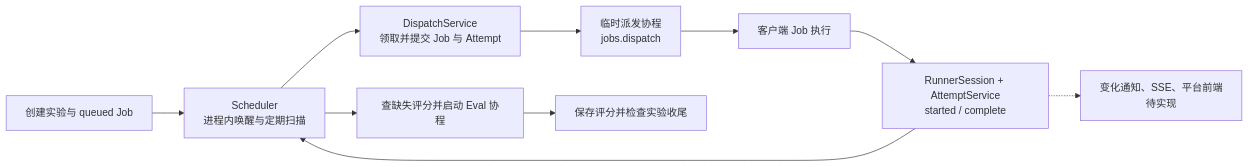
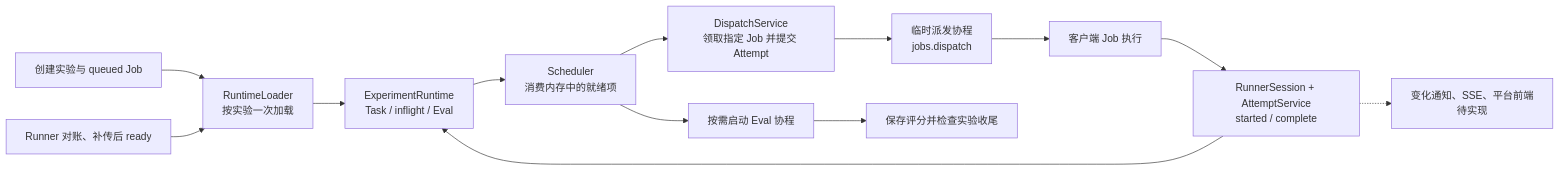
One commit to qinghuan136/EvalForge changed the tenth of 10 diagrams in docs/当前项目架构图解.md. Above: the diagram before and after it, drawn with Mermaid. The commit also changed other lines of this file and 35 other files, not shown here.

````diff
--- a/docs/当前项目架构图解.md
+++ b/docs/当前项目架构图解.md
@@ -280,12 +280,15 @@
 ```mermaid
 flowchart LR
-    API["创建实验与 queued Job"] --> Scheduler["Scheduler<br/>进程内唤醒与定期扫描"]
-    Scheduler --> Claim["DispatchService<br/>领取并提交 Job 与 Attempt"]
+    API["创建实验与 queued Job"] --> Load["RuntimeLoader<br/>按实验一次加载"]
+    Ready["Runner 对账、补传后 ready"] --> Load
+    Load --> Runtime["ExperimentRuntime<br/>Task / inflight / Eval"]
+    Runtime --> Scheduler["Scheduler<br/>消费内存中的就绪项"]
+    Scheduler --> Claim["DispatchService<br/>领取指定 Job 并提交 Attempt"]
     Claim --> Peer["临时派发协程<br/>jobs.dispatch"]
     Peer --> Client["客户端 Job 执行"]
     Client --> Ingest["RunnerSession + AttemptService<br/>started / complete"]
-    Ingest --> Scheduler
-    Scheduler --> Eval["查缺失评分并启动 Eval 协程"]
+    Ingest --> Runtime
+    Scheduler --> Eval["按需启动 Eval 协程"]
     Eval --> Scores["保存评分并检查实验收尾"]
     Ingest -.-> UI["变化通知、SSE、平台前端<br/>待实现"]
 ```
````
